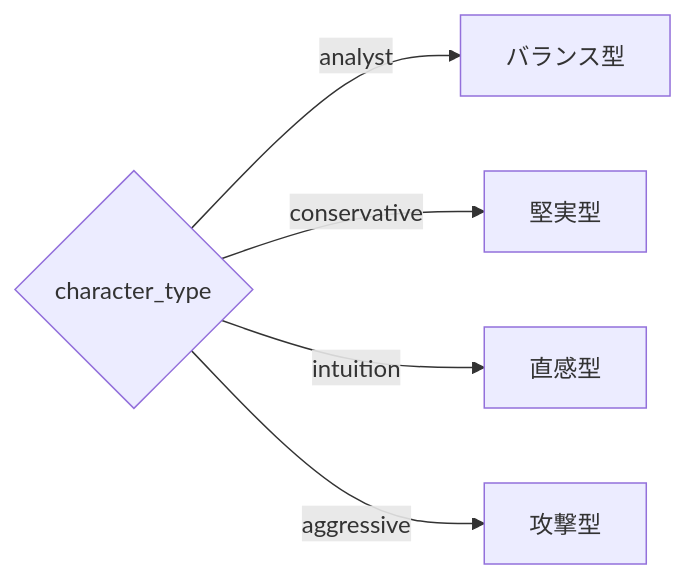
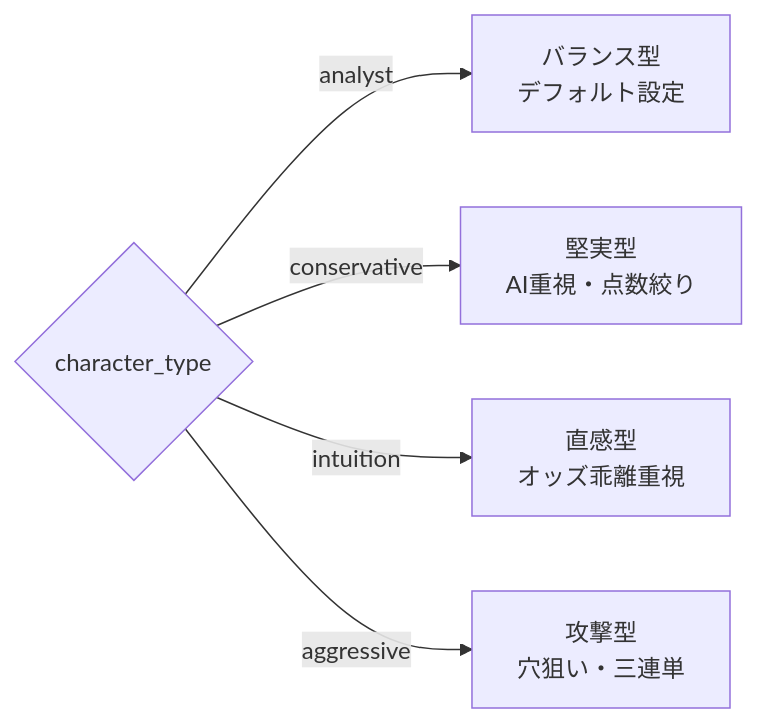
One commit to foie0222/baken-kaigi changed the second of 10 diagrams in docs/bet-proposal-logic.md. Above: the diagram before and after it, drawn with Mermaid. The commit also changed other lines of this file, not shown here.

````diff
--- a/docs/bet-proposal-logic.md
+++ b/docs/bet-proposal-logic.md
@@ -72,7 +79,7 @@
 ```mermaid
 flowchart LR
-    CT{character_type} -->|analyst| A[バランス型]
-    CT -->|conservative| B[堅実型]
-    CT -->|intuition| C[直感型]
-    CT -->|aggressive| D[攻撃型]
+    CT{character_type} -->|analyst| A[バランス型<br>デフォルト設定]
+    CT -->|conservative| B[堅実型<br>AI重視・点数絞り]
+    CT -->|intuition| C[直感型<br>オッズ乖離重視]
+    CT -->|aggressive| D[攻撃型<br>穴狙い・三連単]
 ```
````
